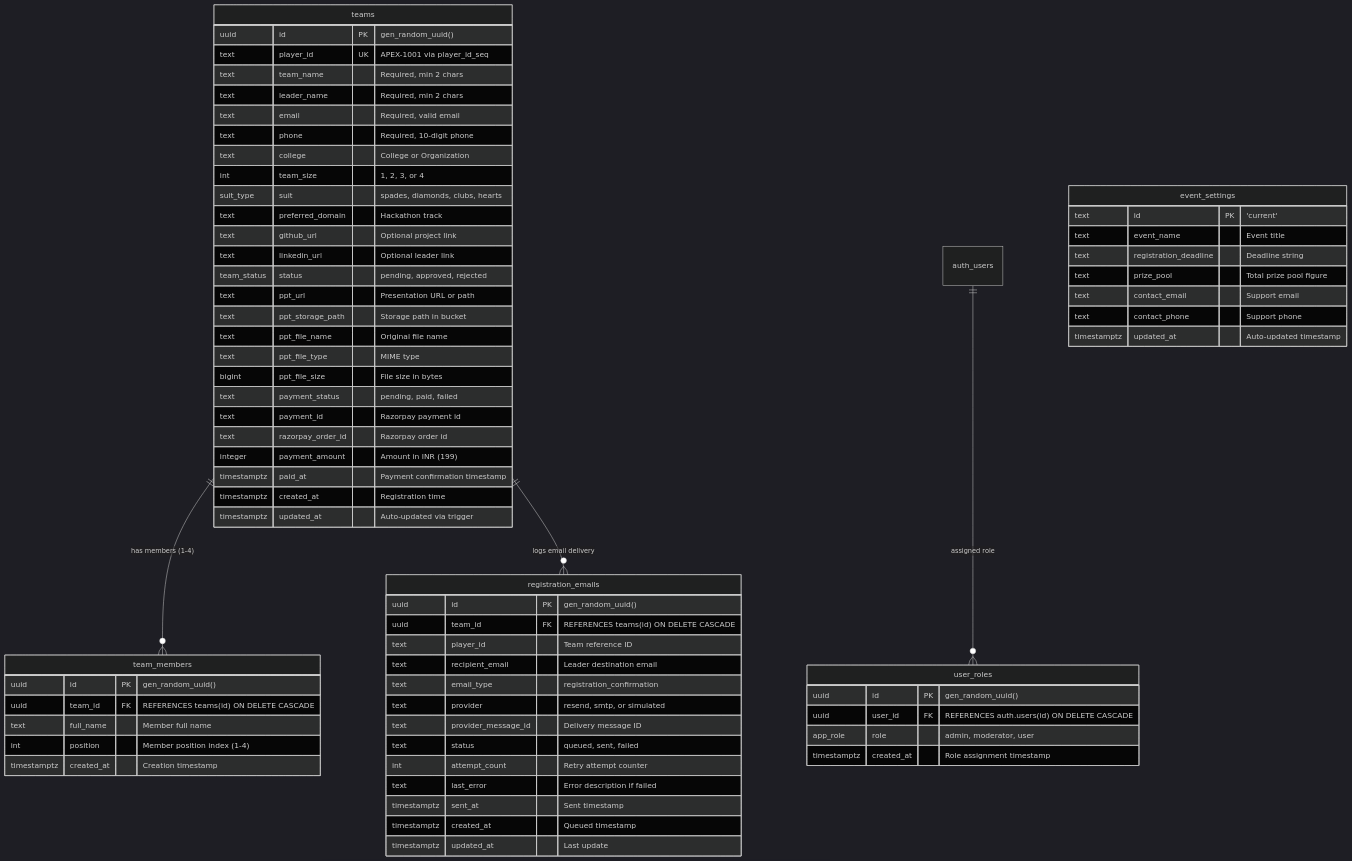
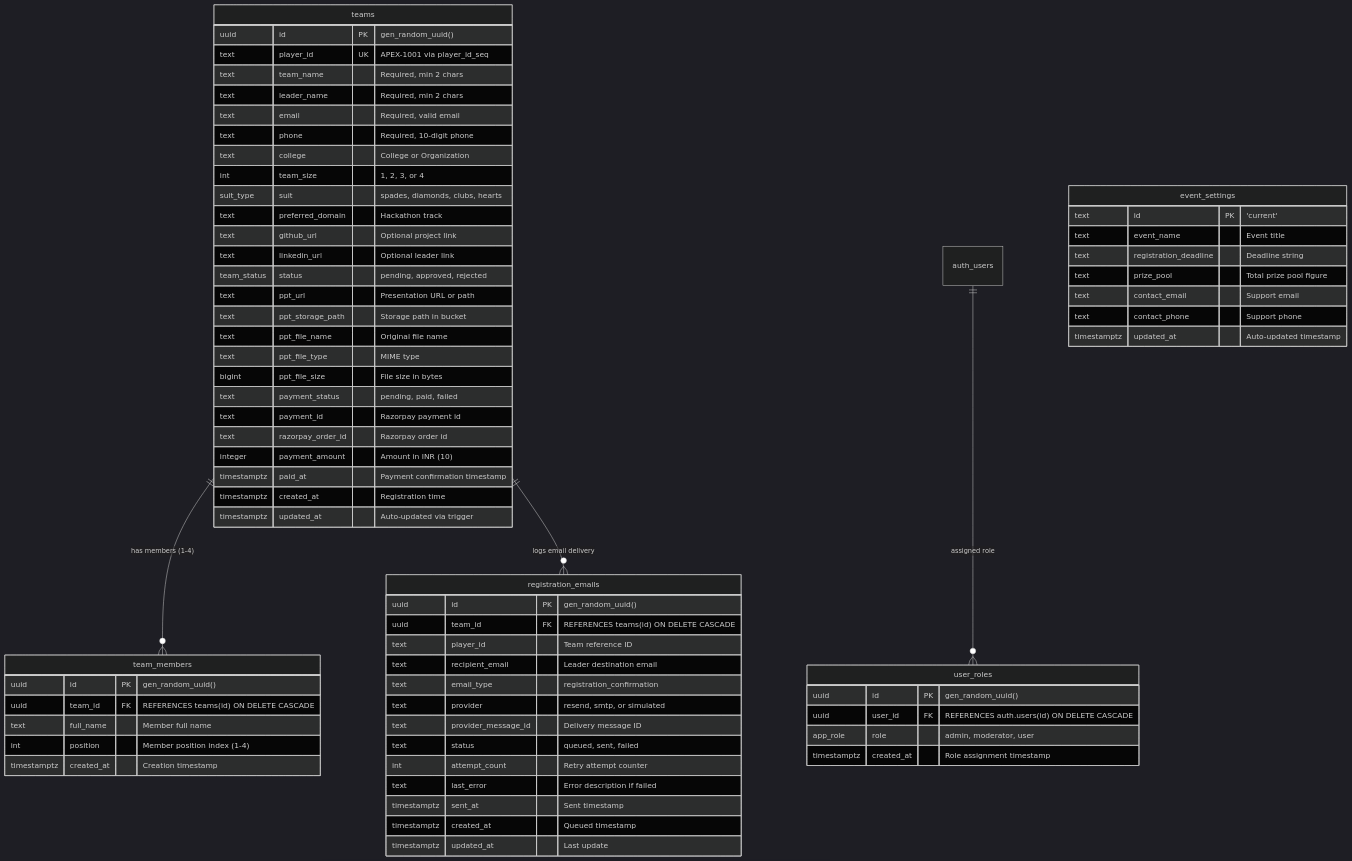
The diagram in docs/DATABASE_DOCUMENTATION.md (Devcoderakash/apex), drawn with Mermaid (dark theme) before and after one commit. The commit also changed 40 other files, not shown here.

````diff
--- a/docs/DATABASE_DOCUMENTATION.md
+++ b/docs/DATABASE_DOCUMENTATION.md
@@ -9,75 +9,75 @@
 ```mermaid
 erDiagram
     teams ||--o{ team_members : "has members (1-4)"
     teams ||--o{ registration_emails : "logs email delivery"
     auth_users ||--o{ user_roles : "assigned role"
 
     teams {
         uuid id PK "gen_random_uuid()"
         text player_id UK "APEX-1001 via player_id_seq"
         text team_name "Required, min 2 chars"
         text leader_name "Required, min 2 chars"
         text email "Required, valid email"
         text phone "Required, 10-digit phone"
         text college "College or Organization"
         int team_size "1, 2, 3, or 4"
         suit_type suit "spades, diamonds, clubs, hearts"
         text preferred_domain "Hackathon track"
         text github_url "Optional project link"
         text linkedin_url "Optional leader link"
         team_status status "pending, approved, rejected"
         text ppt_url "Presentation URL or path"
         text ppt_storage_path "Storage path in bucket"
         text ppt_file_name "Original file name"
         text ppt_file_type "MIME type"
         bigint ppt_file_size "File size in bytes"
         text payment_status "pending, paid, failed"
         text payment_id "Razorpay payment id"
         text razorpay_order_id "Razorpay order id"
-        integer payment_amount "Amount in INR (199)"
+        integer payment_amount "Amount in INR (10)"
         timestamptz paid_at "Payment confirmation timestamp"
         timestamptz created_at "Registration time"
         timestamptz updated_at "Auto-updated via trigger"
     }
 
     team_members {
         uuid id PK "gen_random_uuid()"
         uuid team_id FK "REFERENCES teams(id) ON DELETE CASCADE"
         text full_name "Member full name"
         int position "Member position index (1-4)"
         timestamptz created_at "Creation timestamp"
     }
 
     event_settings {
         text id PK "'current'"
         text event_name "Event title"
         text registration_deadline "Deadline string"
         text prize_pool "Total prize pool figure"
         text contact_email "Support email"
         text contact_phone "Support phone"
         timestamptz updated_at "Auto-updated timestamp"
     }
 
     registration_emails {
         uuid id PK "gen_random_uuid()"
         uuid team_id FK "REFERENCES teams(id) ON DELETE CASCADE"
         text player_id "Team reference ID"
         text recipient_email "Leader destination email"
         text email_type "registration_confirmation"
         text provider "resend, smtp, or simulated"
         text provider_message_id "Delivery message ID"
         text status "queued, sent, failed"
         int attempt_count "Retry attempt counter"
         text last_error "Error description if failed"
         timestamptz sent_at "Sent timestamp"
         timestamptz created_at "Queued timestamp"
         timestamptz updated_at "Last update"
     }
 
     user_roles {
         uuid id PK "gen_random_uuid()"
         uuid user_id FK "REFERENCES auth.users(id) ON DELETE CASCADE"
         app_role role "admin, moderator, user"
         timestamptz created_at "Role assignment timestamp"
     }
 ```
````
